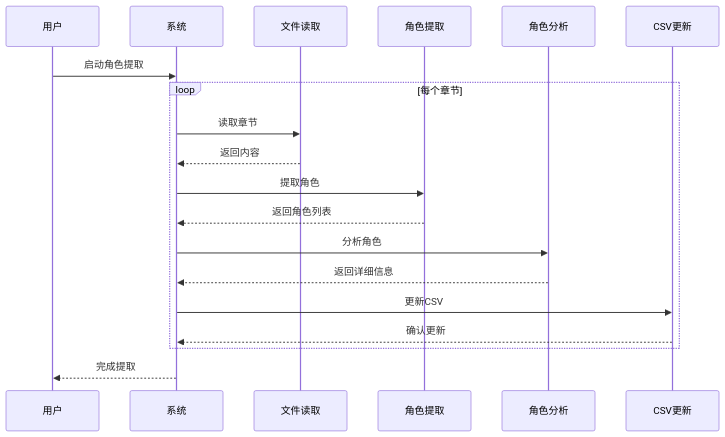
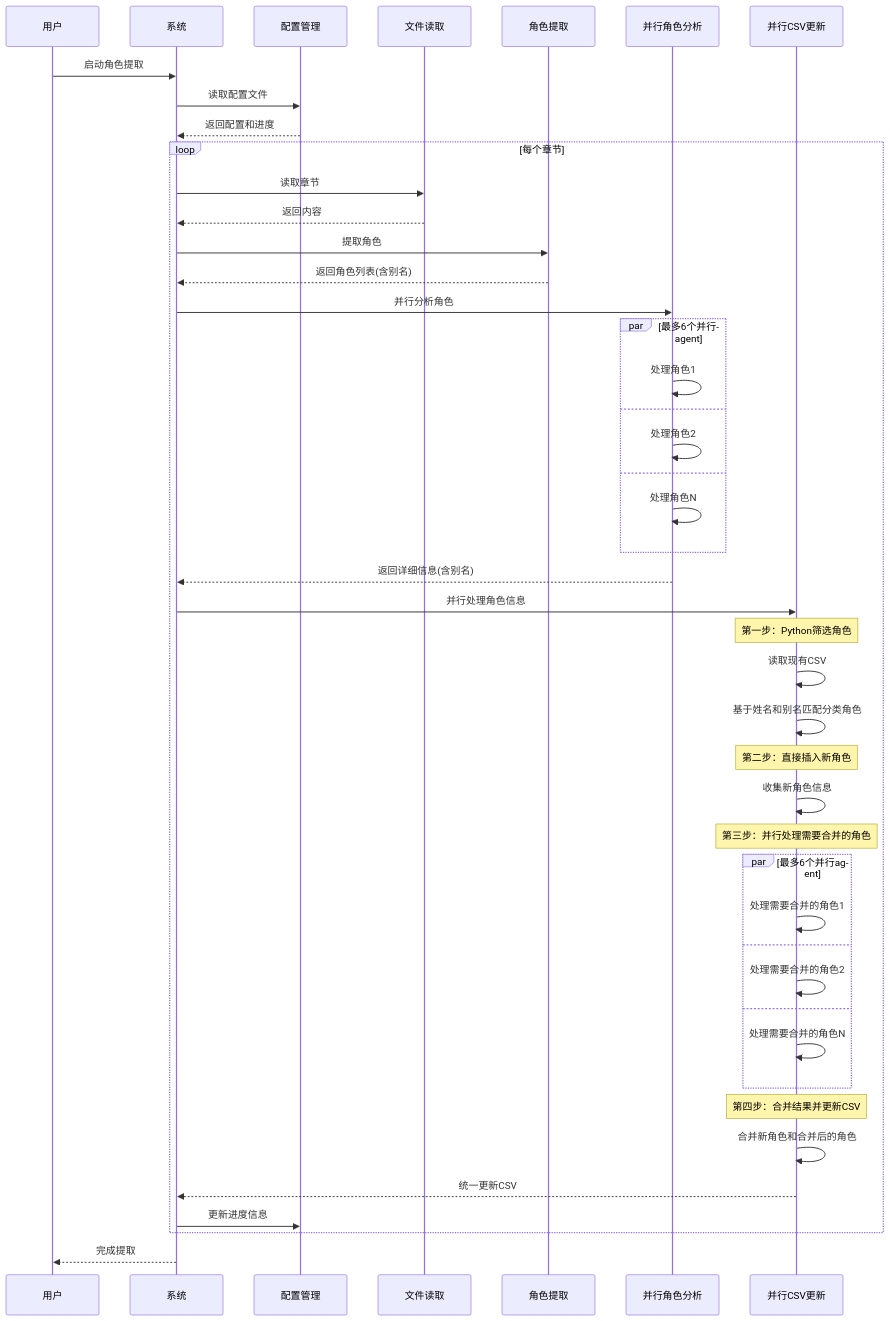
Before and after one commit to xueanxi/sharebook: the eighth of 8 diagrams in docs/角色提取设计.md, drawn with Mermaid. The commit also changed other lines of this file and 1 other file, not shown here.

````diff
--- a/docs/角色提取设计.md
+++ b/docs/角色提取设计.md
@@ -205,22 +468,48 @@
 ```mermaid
 sequenceDiagram
     participant User as 用户
     participant System as 系统
+    participant Config as 配置管理
     participant FileReader as 文件读取
     participant Extractor as 角色提取
-    participant Analyzer as 角色分析
-    participant CSV as CSV更新
+    participant Analyzer as 并行角色分析
+    participant CSV as 并行CSV更新
     
     User->>System: 启动角色提取
+    System->>Config: 读取配置文件
+    Config-->>System: 返回配置和进度
     loop 每个章节
         System->>FileReader: 读取章节
         FileReader-->>System: 返回内容
         System->>Extractor: 提取角色
-        Extractor-->>System: 返回角色列表
-        System->>Analyzer: 分析角色
-        Analyzer-->>System: 返回详细信息
-        System->>CSV: 更新CSV
-        CSV-->>System: 确认更新
+        Extractor-->>System: 返回角色列表(含别名)
+        System->>Analyzer: 并行分析角色
+        par 最多6个并行agent
+            Analyzer->>Analyzer: 处理角色1
+        and
+            Analyzer->>Analyzer: 处理角色2
+        and
+            Analyzer->>Analyzer: 处理角色N
+        end
+        Analyzer-->>System: 返回详细信息(含别名)
+        System->>CSV: 并行处理角色信息
+        Note over CSV: 第一步：Python筛选角色
+        CSV->>CSV: 读取现有CSV
+        CSV->>CSV: 基于姓名和别名匹配分类角色
+        Note over CSV: 第二步：直接插入新角色
+        CSV->>CSV: 收集新角色信息
+        Note over CSV: 第三步：并行处理需要合并的角色
+        par 最多6个并行agent
+            CSV->>CSV: 处理需要合并的角色1
+        and
+            CSV->>CSV: 处理需要合并的角色2
+        and
+            CSV->>CSV: 处理需要合并的角色N
+        end
+        Note over CSV: 第四步：合并结果并更新CSV
+        CSV->>CSV: 合并新角色和合并后的角色
+        CSV-->>System: 统一更新CSV
+        System->>Config: 更新进度信息
     end
     System-->>User: 完成提取
 ```
````
